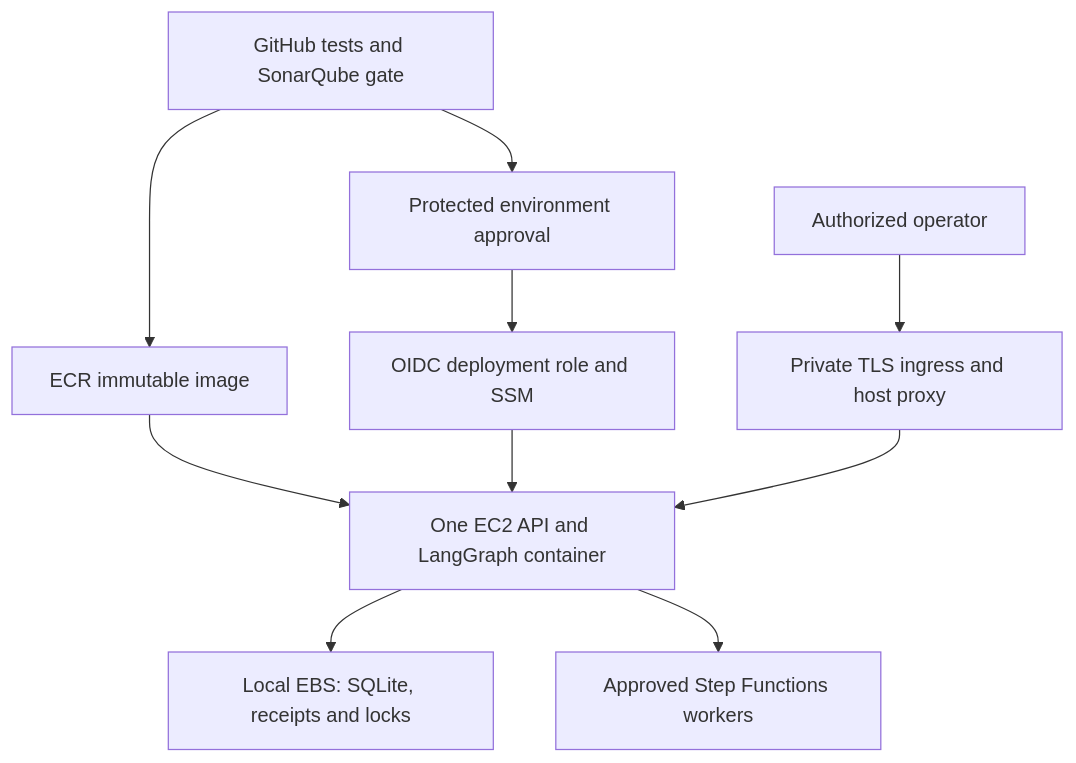
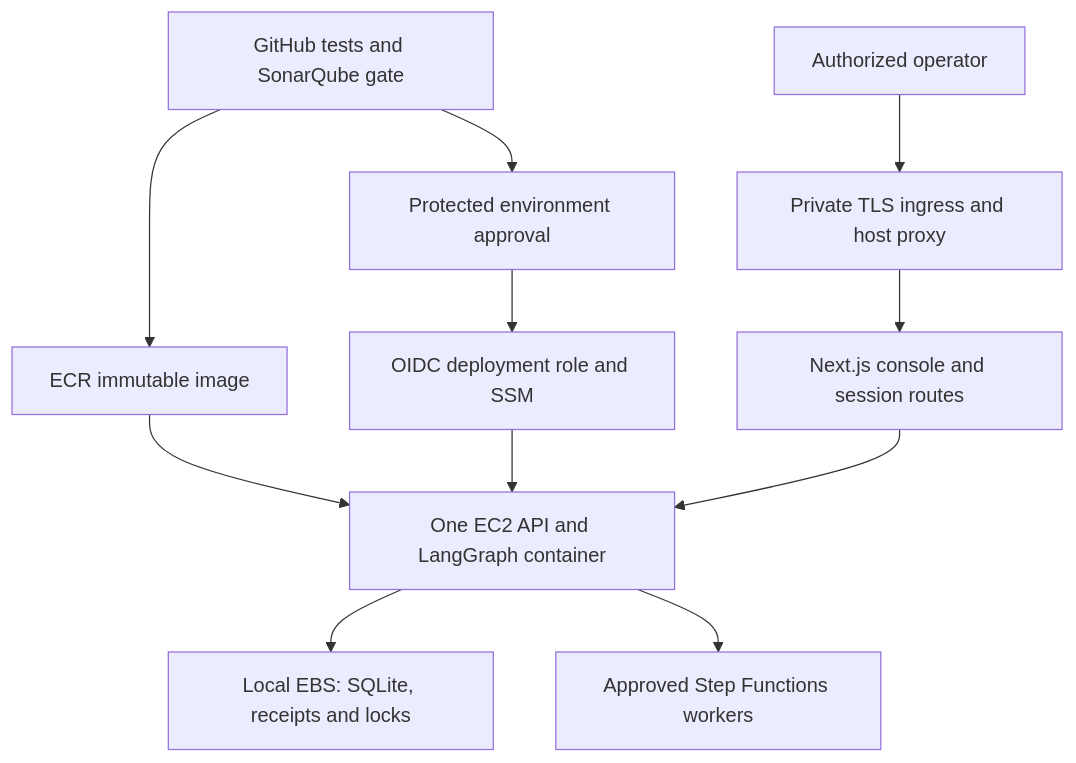
The first of 2 diagrams in docs/architecture/aws.md (mahi80/DataMigration), drawn with Mermaid before and after one commit. The commit also changed other lines of this file and 51 other files, not shown here.

Commit message:
Add governed Next.js migration console and integrated quality checks

````diff
--- a/docs/architecture/aws.md
+++ b/docs/architecture/aws.md
@@ -20,12 +22,13 @@
 ```mermaid
 flowchart TD
     GitHub["GitHub tests and SonarQube gate"] --> ECR["ECR immutable image"]
     GitHub --> Approval["Protected environment approval"]
     Approval --> SSM["OIDC deployment role and SSM"]
     ECR --> EC2["One EC2 API and LangGraph container"]
     SSM --> EC2
     User["Authorized operator"] --> Proxy["Private TLS ingress and host proxy"]
-    Proxy --> EC2
+    Proxy --> Console["Next.js console and session routes"]
+    Console --> EC2
     EC2 --> EBS["Local EBS: SQLite, receipts and locks"]
     EC2 --> Native["Approved Step Functions workers"]
 ```
````
